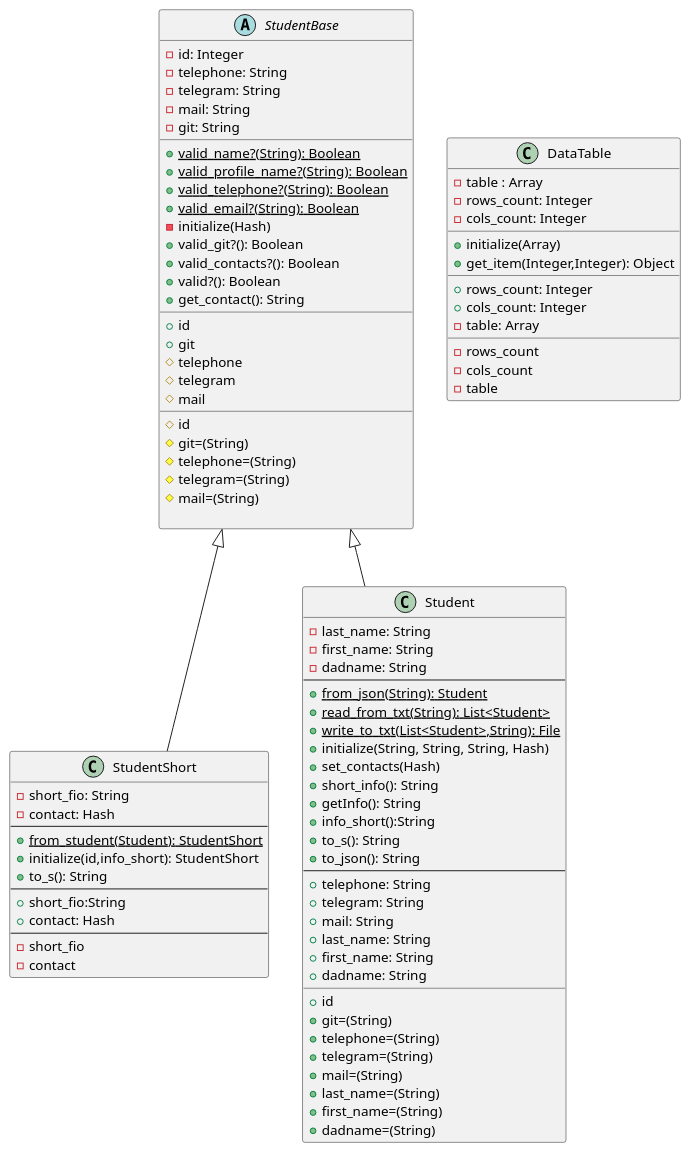
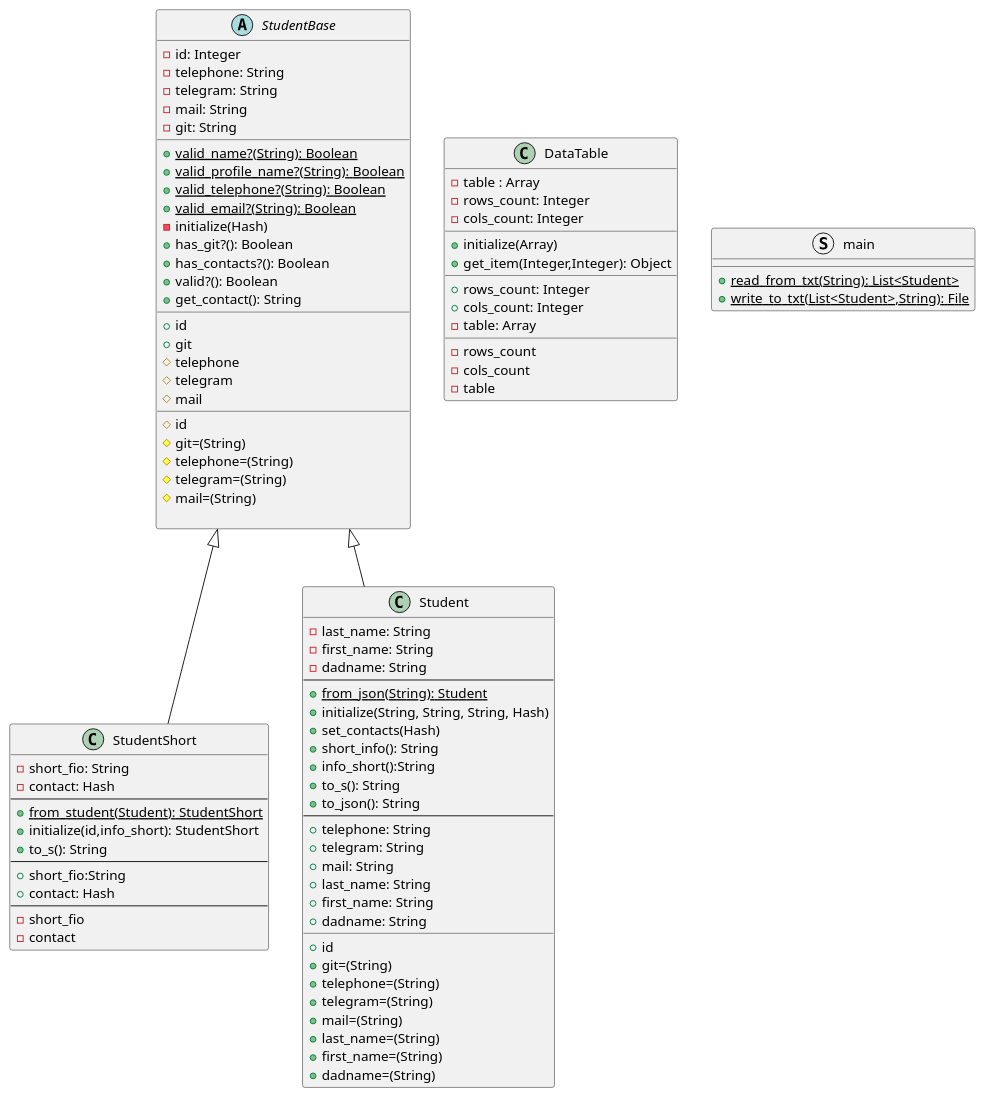
Before and after one commit to KREEAL/RubyLabs: the diagram in LR2/diagram/StudentClassDiagram.puml, drawn with PlantUML. The commit also changed 4 other files, not shown here.

```diff
--- a/LR2/diagram/StudentClassDiagram.puml
+++ b/LR2/diagram/StudentClassDiagram.puml
@@ -1,97 +1,98 @@
 @startuml
 'https://plantuml.com/class-diagram
 abstract class StudentBase {
     -id: Integer
     -telephone: String
     -telegram: String
     -mail: String
     -git: String
     __
     +{static}valid_name?(String): Boolean
     +{static}valid_profile_name?(String): Boolean
     +{static}valid_telephone?(String): Boolean
     +{static}valid_email?(String): Boolean
     -initialize(Hash)
-    +valid_git?(): Boolean
-    +valid_contacts?(): Boolean
+    +has_git?(): Boolean
+    +has_contacts?(): Boolean
     +valid?(): Boolean
     +get_contact(): String
     __
     +id
     +git
     #telephone
     #telegram
     #mail
     __
     #id
     #git=(String)
     #telephone=(String)
     #telegram=(String)
     #mail=(String)
 
 }
 class StudentShort extends StudentBase {
     -short_fio: String
     -contact: Hash
     --
     +{static}from_student(Student): StudentShort
     +initialize(id,info_short): StudentShort
     +to_s(): String
     --
     +short_fio:String
     +contact: Hash
     --
     -short_fio
     -contact
 }
 class Student extends StudentBase{
     -last_name: String
     -first_name: String
     -dadname: String
     --
     +{static}from_json(String): Student
-    +{static}read_from_txt(String): List<Student>
-    +{static}write_to_txt(List<Student>,String): File
     +initialize(String, String, String, Hash)
     +set_contacts(Hash)
     +short_info(): String
-    +getInfo(): String
     +info_short():String
     +to_s(): String
     +to_json(): String
     --
     +telephone: String
     +telegram: String
     +mail: String
     +last_name: String
     +first_name: String
     +dadname: String
     __
     +id
     +git=(String)
     +telephone=(String)
     +telegram=(String)
     +mail=(String)
     +last_name=(String)
     +first_name=(String)
     +dadname=(String)
 }
 
 class DataTable{
     -table : Array
     -rows_count: Integer
     -cols_count: Integer
     __
     +initialize(Array)
     +get_item(Integer,Integer): Object
     __
     +rows_count: Integer
     +cols_count: Integer
     -table: Array
     __
     -rows_count
     -cols_count
     -table
 }
 
+struct main {
+    +{static}read_from_txt(String): List<Student>
+    +{static}write_to_txt(List<Student>,String): File
+}
 @enduml
```
